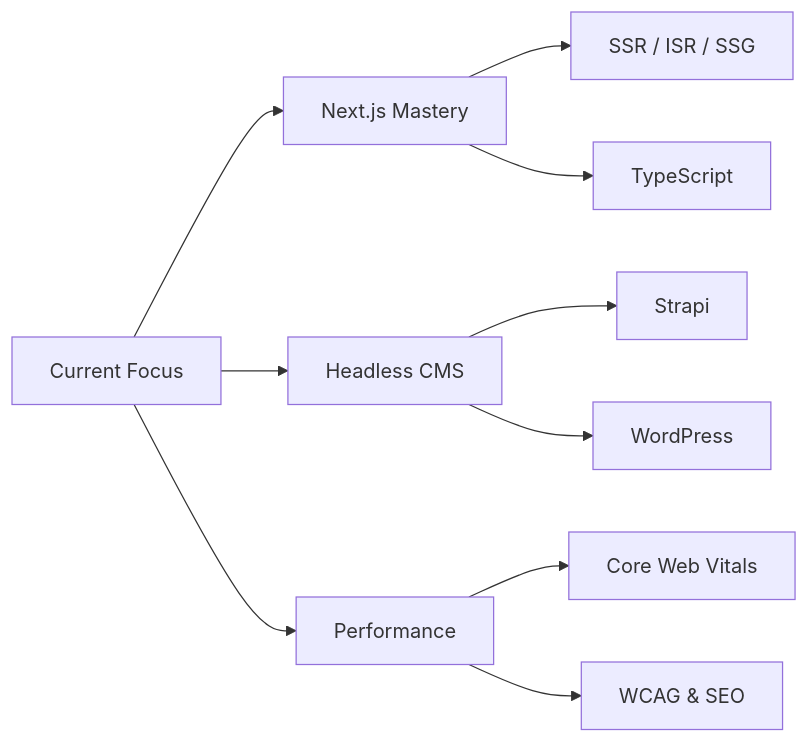
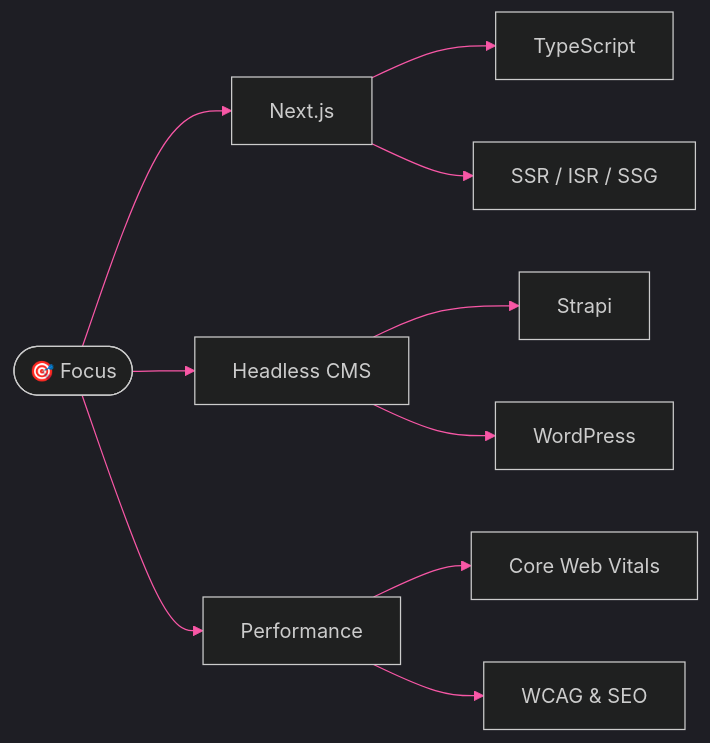
Before and after one commit to 3laaelsheikh/3laaelsheikh: the diagram in README.md, drawn with Mermaid. The commit also changed other lines of this file and 1 other file, not shown here.

````diff
--- a/README.md
+++ b/README.md
@@ -257,12 +249,13 @@
 ```mermaid
+%%{init: {'theme': 'dark', 'themeVariables': { 'primaryColor': '#a855f7', 'primaryTextColor': '#fff', 'lineColor': '#f857a6', 'secondaryColor': '#7c3aed', 'tertiaryColor': '#0f0c29'}}}%%
 graph LR
-    A[Current Focus] --> B[Next.js Mastery]
+    A([🎯 Focus]) --> B[Next.js]
     A --> C[Headless CMS]
     A --> D[Performance]
-    B --> E[SSR / ISR / SSG]
-    B --> F[TypeScript]
+    B --> E[TypeScript]
+    B --> F[SSR / ISR / SSG]
     C --> G[Strapi]
     C --> H[WordPress]
     D --> I[Core Web Vitals]
     D --> J[WCAG & SEO]
 ```
````
